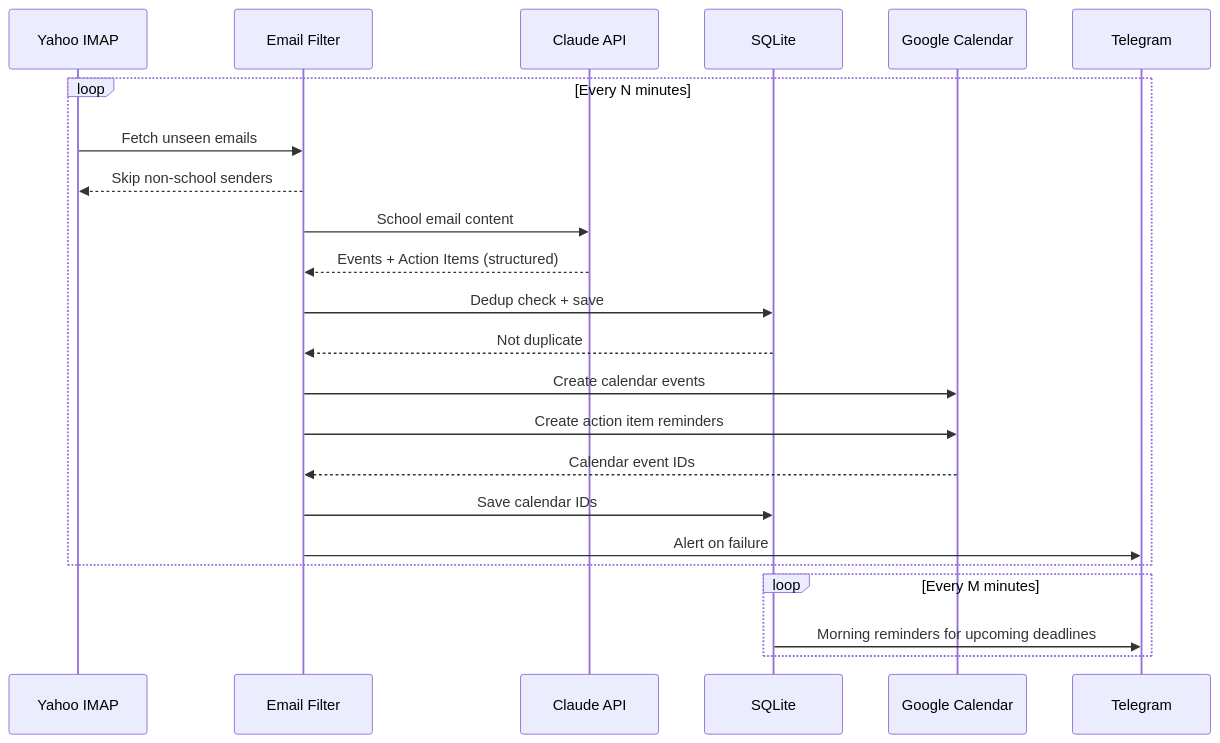
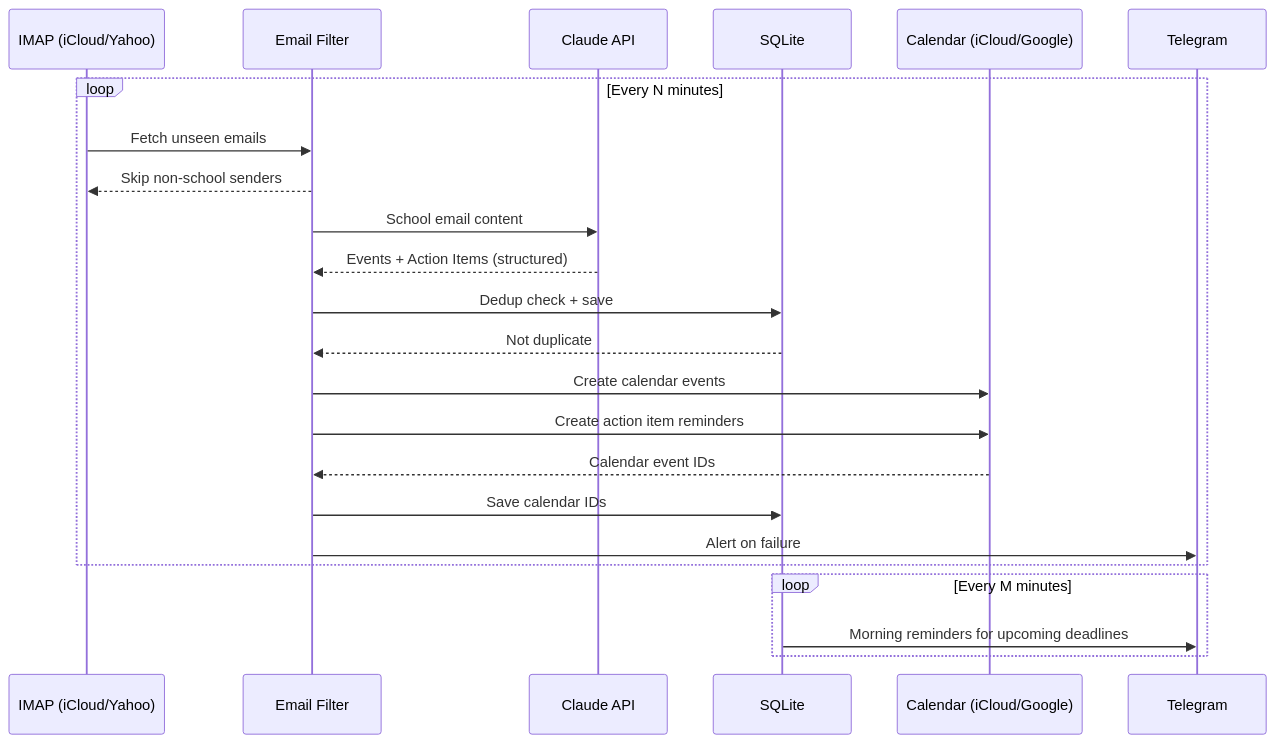
One commit to adnausea/kid-cal changed the diagram in README.md. Above: the diagram before and after it, drawn with Mermaid. The commit also changed other lines of this file, not shown here.

````diff
--- a/README.md
+++ b/README.md
@@ -28,27 +28,27 @@
 ```mermaid
 sequenceDiagram
-    participant IMAP as Yahoo IMAP
+    participant IMAP as IMAP (iCloud/Yahoo)
     participant Filter as Email Filter
     participant Claude as Claude API
     participant DB as SQLite
-    participant GCal as Google Calendar
+    participant Cal as Calendar (iCloud/Google)
     participant TG as Telegram
 
     loop Every N minutes
         IMAP->>Filter: Fetch unseen emails
         Filter-->>IMAP: Skip non-school senders
         Filter->>Claude: School email content
         Claude-->>Filter: Events + Action Items (structured)
         Filter->>DB: Dedup check + save
         DB-->>Filter: Not duplicate
-        Filter->>GCal: Create calendar events
-        Filter->>GCal: Create action item reminders
-        GCal-->>Filter: Calendar event IDs
+        Filter->>Cal: Create calendar events
+        Filter->>Cal: Create action item reminders
+        Cal-->>Filter: Calendar event IDs
         Filter->>DB: Save calendar IDs
         Filter->>TG: Alert on failure
     end
 
     loop Every M minutes
         DB->>TG: Morning reminders for upcoming deadlines
     end
 ```
````
